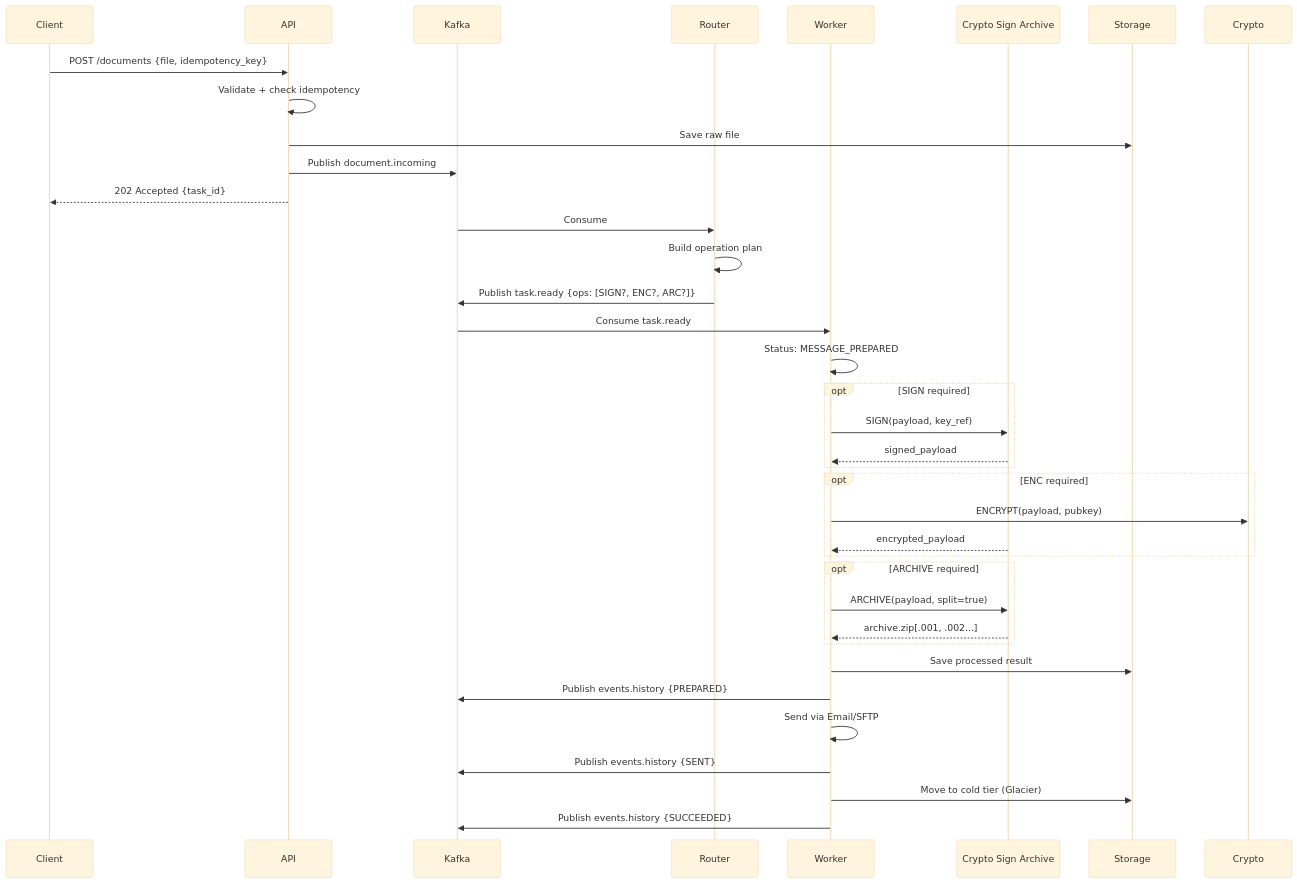
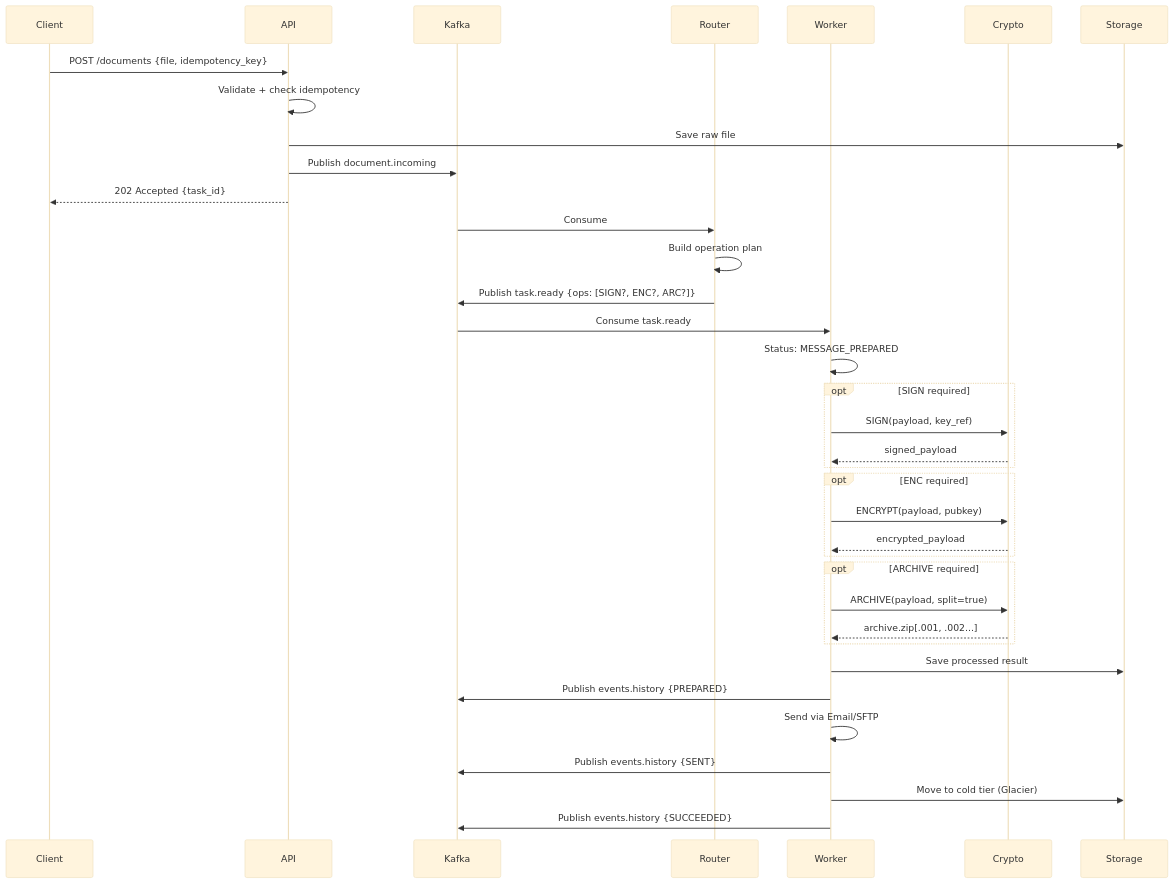
The fourth of 6 diagrams in dev-solution-documents.md (AlexanderScheqolev/DS_DDF), drawn with Mermaid (base theme) before and after one commit. The commit also changed other lines of this file, not shown here.

````diff
--- a/dev-solution-documents.md
+++ b/dev-solution-documents.md
@@ -395,46 +395,46 @@
 ```mermaid
 sequenceDiagram
     participant Client
     participant API
     participant Kafka
     participant Router
     participant Worker
-    participant Crypto Sign Archive
+    participant Crypto
     participant Storage
 
     Client->>API: POST /documents {file, idempotency_key}
     API->>API: Validate + check idempotency
     API->>Storage: Save raw file
     API->>Kafka: Publish document.incoming
     API-->>Client: 202 Accepted {task_id}
     
     Kafka->>Router: Consume
     Router->>Router: Build operation plan
     Router->>Kafka: Publish task.ready {ops: [SIGN?, ENC?, ARC?]}
     
     Kafka->>Worker: Consume task.ready
     Worker->>Worker: Status: MESSAGE_PREPARED
     
     opt SIGN required
-        Worker->>Crypto Sign Archive: SIGN(payload, key_ref)
-        Crypto Sign Archive-->>Worker: signed_payload
+        Worker->>Crypto: SIGN(payload, key_ref)
+        Crypto-->>Worker: signed_payload
     end
     
     opt ENC required
         Worker->>Crypto: ENCRYPT(payload, pubkey)
-        Crypto Sign Archive-->>Worker: encrypted_payload
+        Crypto-->>Worker: encrypted_payload
     end
     
     opt ARCHIVE required
-        Worker->>Crypto Sign Archive: ARCHIVE(payload, split=true)
-        Crypto Sign Archive-->>Worker: archive.zip[.001, .002...]
+        Worker->>Crypto: ARCHIVE(payload, split=true)
+        Crypto-->>Worker: archive.zip[.001, .002...]
     end
     
     Worker->>Storage: Save processed result
     Worker->>Kafka: Publish events.history {PREPARED}
     
     Worker->>Worker: Send via Email/SFTP
     Worker->>Kafka: Publish events.history {SENT}
     Worker->>Storage: Move to cold tier (Glacier)
     Worker->>Kafka: Publish events.history {SUCCEEDED}
 ```
````
